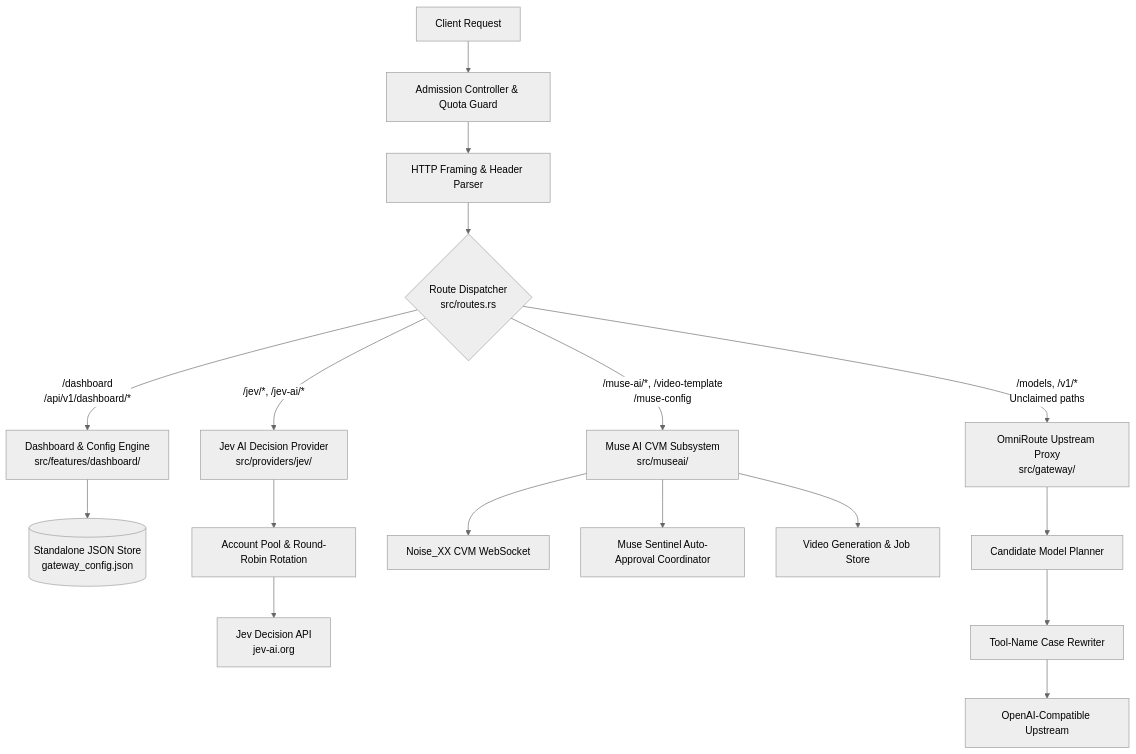
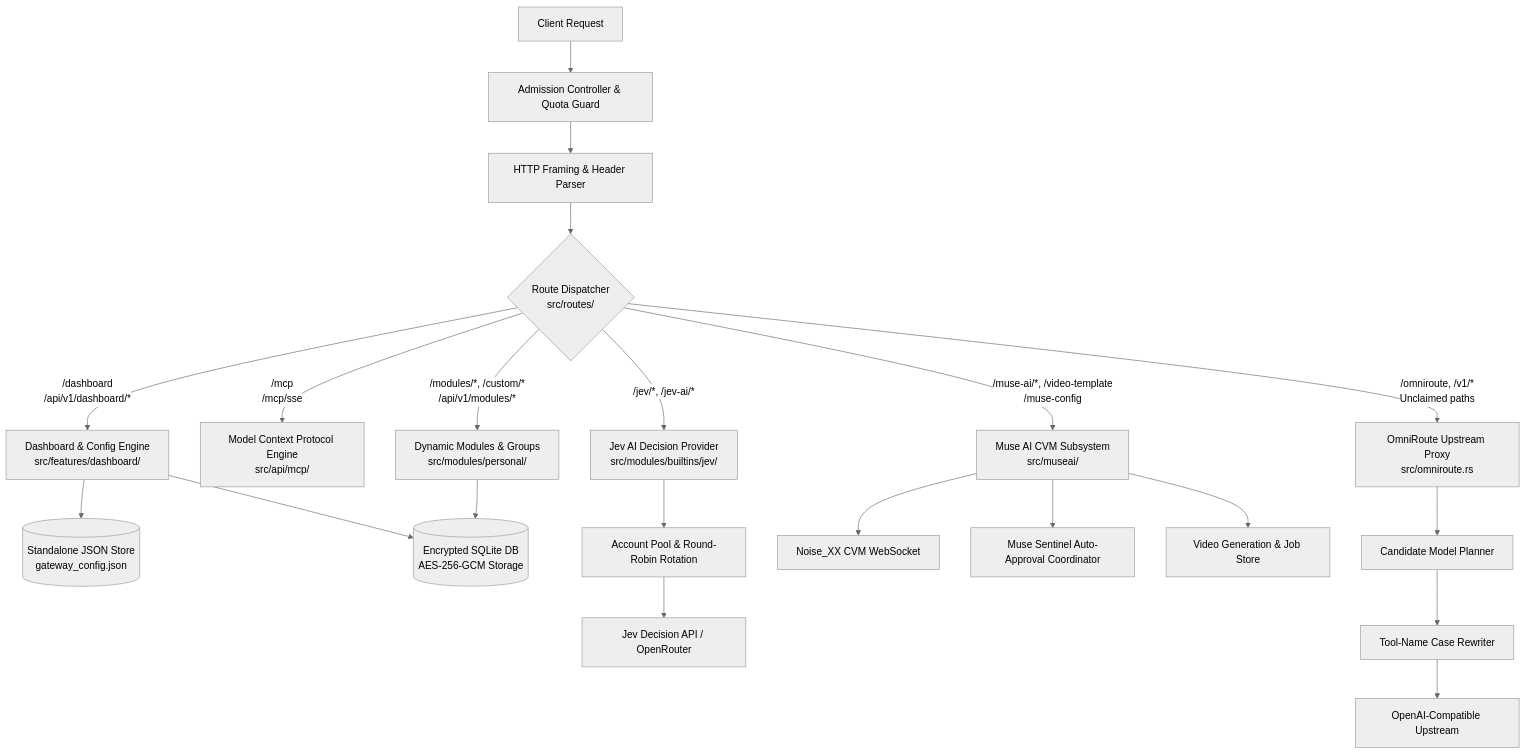
One commit to giauphan/toolcase-gateway changed the diagram in docs/ARCHITECTURE.md. Above: the diagram before and after it, drawn with Mermaid (neutral theme). The commit also changed other lines of this file and 7 other files, not shown here.

First line of the commit message:
Upgrade system documentation and architecture maps

````diff
--- a/docs/ARCHITECTURE.md
+++ b/docs/ARCHITECTURE.md
@@ -11,23 +11,26 @@
 ```mermaid
 flowchart TD
     Client[Client Request] --> Adm[Admission Controller & Quota Guard]
     Adm --> Parser[HTTP Framing & Header Parser]
-    Parser --> Router{Route Dispatcher\nsrc/routes.rs}
+    Parser --> Router{Route Dispatcher\nsrc/routes/}
 
     Router -->|/dashboard\n/api/v1/dashboard/*| Dash[Dashboard & Config Engine\nsrc/features/dashboard/]
-    Router -->|/jev/*, /jev-ai/*| Jev[Jev AI Decision Provider\nsrc/providers/jev/]
+    Router -->|/mcp\n/mcp/sse| MCP[Model Context Protocol Engine\nsrc/api/mcp/]
+    Router -->|/jev/*, /jev-ai/*| Jev[Jev AI Decision Provider\nsrc/modules/builtins/jev/]
     Router -->|/muse-ai/*, /video-template\n/muse-config| Muse[Muse AI CVM Subsystem\nsrc/museai/]
-    Router -->|/models, /v1/*\nUnclaimed paths| Omni[OmniRoute Upstream Proxy\nsrc/gateway/]
+    Router -->|/modules/*, /custom/*\n/api/v1/modules/*| Mod[Dynamic Modules & Groups\nsrc/modules/personal/]
+    Router -->|/omniroute, /v1/*\nUnclaimed paths| Omni[OmniRoute Upstream Proxy\nsrc/omniroute.rs]
 
     Dash --> Storage[(Standalone JSON Store\ngateway_config.json)]
+    Dash & Mod --> SQLite[(Encrypted SQLite DB\nAES-256-GCM Storage)]
     Jev --> JevPool[Account Pool & Round-Robin Rotation]
-    JevPool --> JevUpstream[Jev Decision API\njev-ai.org]
+    JevPool --> JevUpstream[Jev Decision API / OpenRouter]
 
     Muse --> Noise[Noise_XX CVM WebSocket]
     Muse --> Sentinel[Muse Sentinel Auto-Approval Coordinator]
     Muse --> VideoLifecycle[Video Generation & Job Store]
 
     Omni --> Candidates[Candidate Model Planner]
     Candidates --> Rewriter[Tool-Name Case Rewriter]
     Rewriter --> LLMUpstream[OpenAI-Compatible Upstream]
 ```
````
